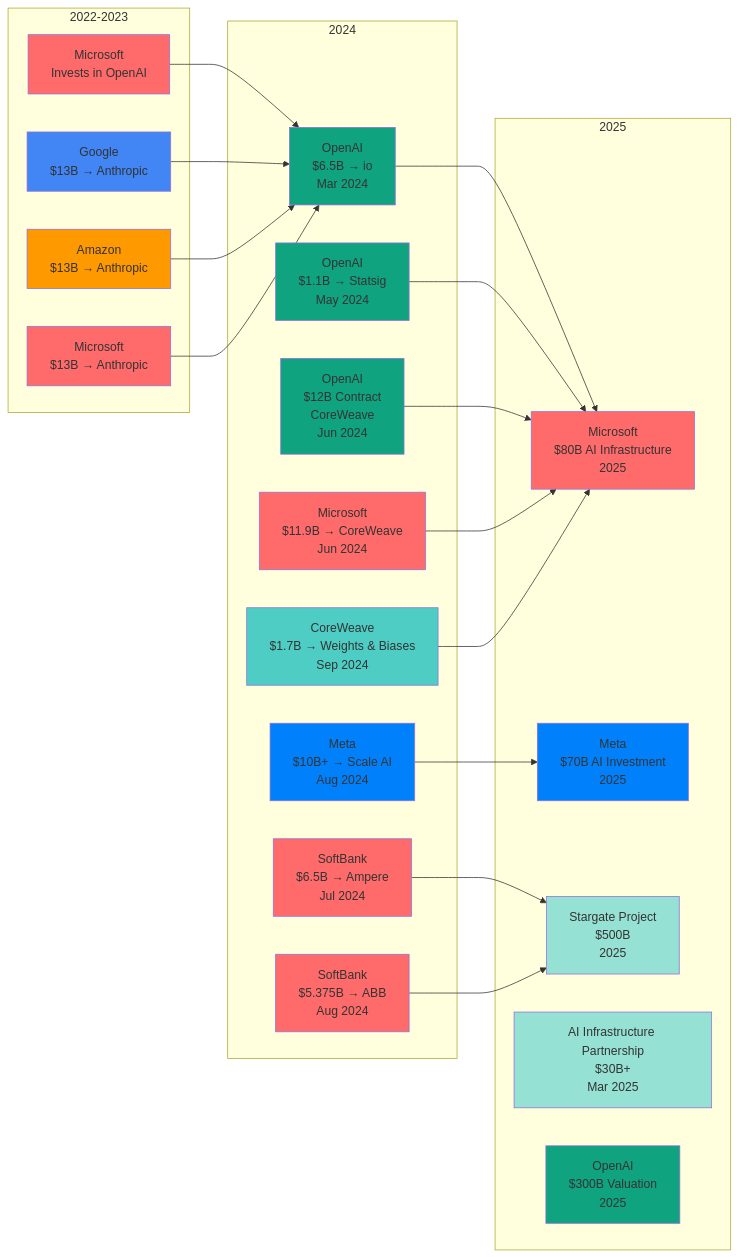
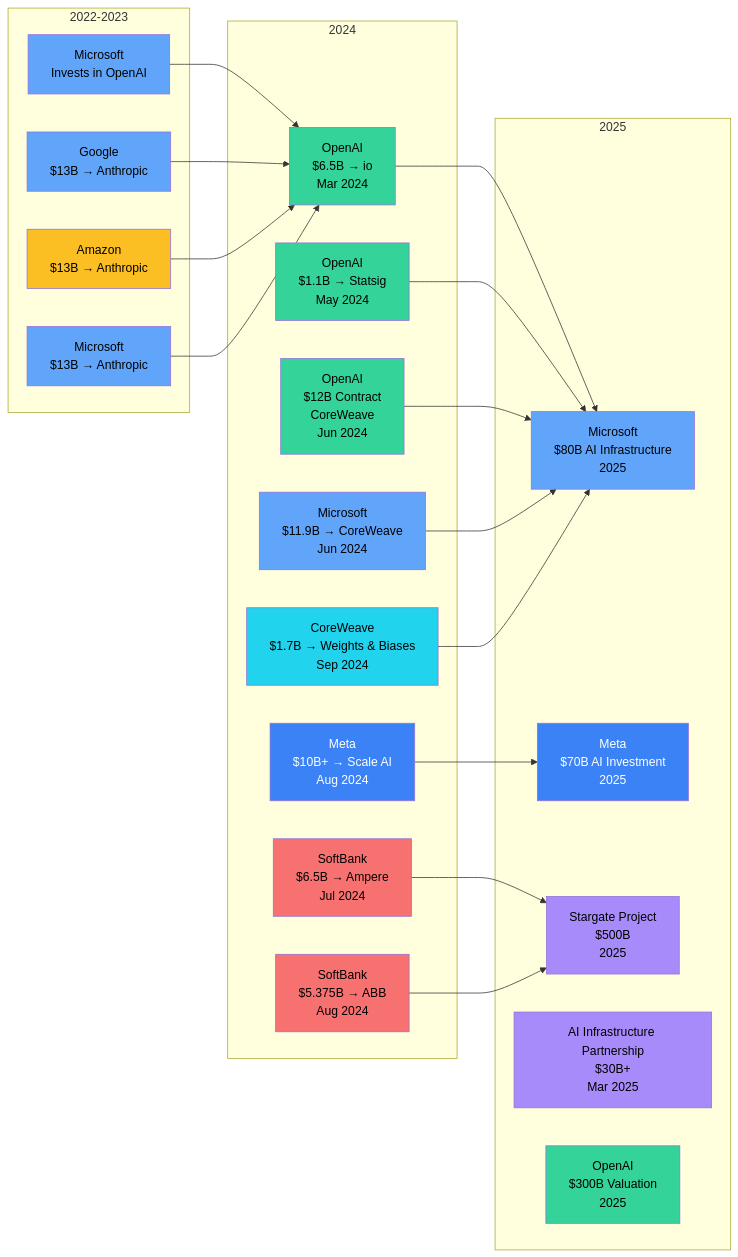
Before and after one commit to hildermesmedeiros/magic-contability: the fifth of 10 diagrams in INVESTMENTS.md, drawn with Mermaid. The commit also changed other lines of this file, not shown here.

````diff
--- a/INVESTMENTS.md
+++ b/INVESTMENTS.md
@@ -167,59 +167,59 @@
 ```mermaid
 flowchart LR
     subgraph "2022-2023"
         A1[Microsoft<br/>Invests in OpenAI]
         A2[Google<br/>$13B → Anthropic]
         A3[Amazon<br/>$13B → Anthropic]
         A4[Microsoft<br/>$13B → Anthropic]
     end
     
     subgraph "2024"
         B1[OpenAI<br/>$6.5B → io<br/>Mar 2024]
         B2[OpenAI<br/>$1.1B → Statsig<br/>May 2024]
         B3[OpenAI<br/>$12B Contract<br/>CoreWeave<br/>Jun 2024]
         B4[Microsoft<br/>$11.9B → CoreWeave<br/>Jun 2024]
         B5[SoftBank<br/>$6.5B → Ampere<br/>Jul 2024]
         B6[SoftBank<br/>$5.375B → ABB<br/>Aug 2024]
         B7[CoreWeave<br/>$1.7B → Weights & Biases<br/>Sep 2024]
         B8[Meta<br/>$10B+ → Scale AI<br/>Aug 2024]
     end
     
     subgraph "2025"
         C1[Microsoft<br/>$80B AI Infrastructure<br/>2025]
         C2[Meta<br/>$70B AI Investment<br/>2025]
         C3[Stargate Project<br/>$500B<br/>2025]
         C4[AI Infrastructure Partnership<br/>$30B+<br/>Mar 2025]
         C5[OpenAI<br/>$300B Valuation<br/>2025]
     end
     
     A1 --> B1
     A2 --> B1
     A3 --> B1
     A4 --> B1
     B1 --> C1
     B2 --> C1
     B3 --> C1
     B4 --> C1
     B5 --> C3
     B6 --> C3
     B7 --> C1
     B8 --> C2
     
-    style A1 fill:#ff6b6b
-    style A2 fill:#4285f4
-    style A3 fill:#ff9900
-    style A4 fill:#ff6b6b
-    style B1 fill:#10a37f
-    style B2 fill:#10a37f
-    style B3 fill:#10a37f
-    style B4 fill:#ff6b6b
-    style B5 fill:#ff6b6b
-    style B6 fill:#ff6b6b
-    style B7 fill:#4ecdc4
-    style B8 fill:#0081fb
-    style C1 fill:#ff6b6b
-    style C2 fill:#0081fb
-    style C3 fill:#95e1d3
-    style C4 fill:#95e1d3
-    style C5 fill:#10a37f
+    style A1 fill:#60a5fa,color:#000
+    style A2 fill:#60a5fa,color:#000
+    style A3 fill:#fbbf24,color:#000
+    style A4 fill:#60a5fa,color:#000
+    style B1 fill:#34d399,color:#000
+    style B2 fill:#34d399,color:#000
+    style B3 fill:#34d399,color:#000
+    style B4 fill:#60a5fa,color:#000
+    style B5 fill:#f87171,color:#000
+    style B6 fill:#f87171,color:#000
+    style B7 fill:#22d3ee,color:#000
+    style B8 fill:#3b82f6,color:#fff
+    style C1 fill:#60a5fa,color:#000
+    style C2 fill:#3b82f6,color:#fff
+    style C3 fill:#a78bfa,color:#000
+    style C4 fill:#a78bfa,color:#000
+    style C5 fill:#34d399,color:#000
 ```
````
